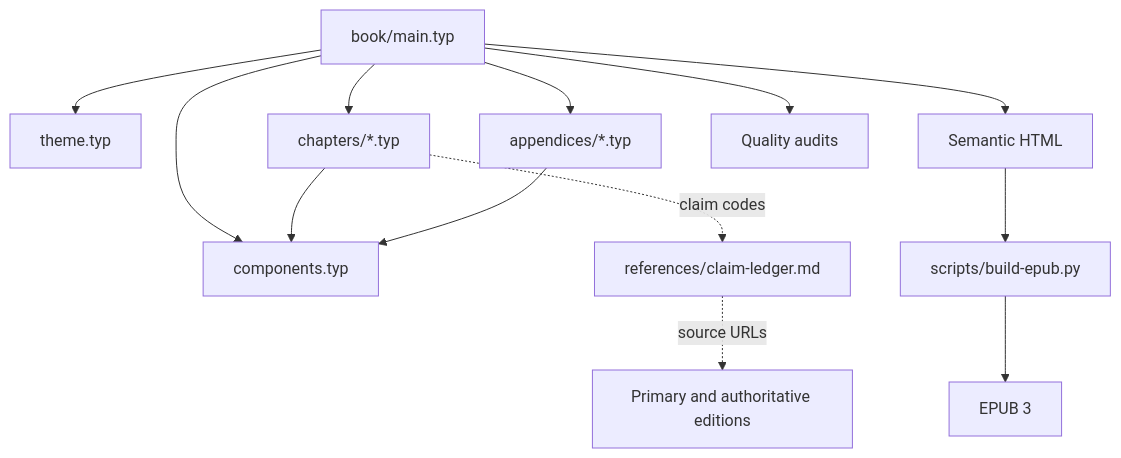
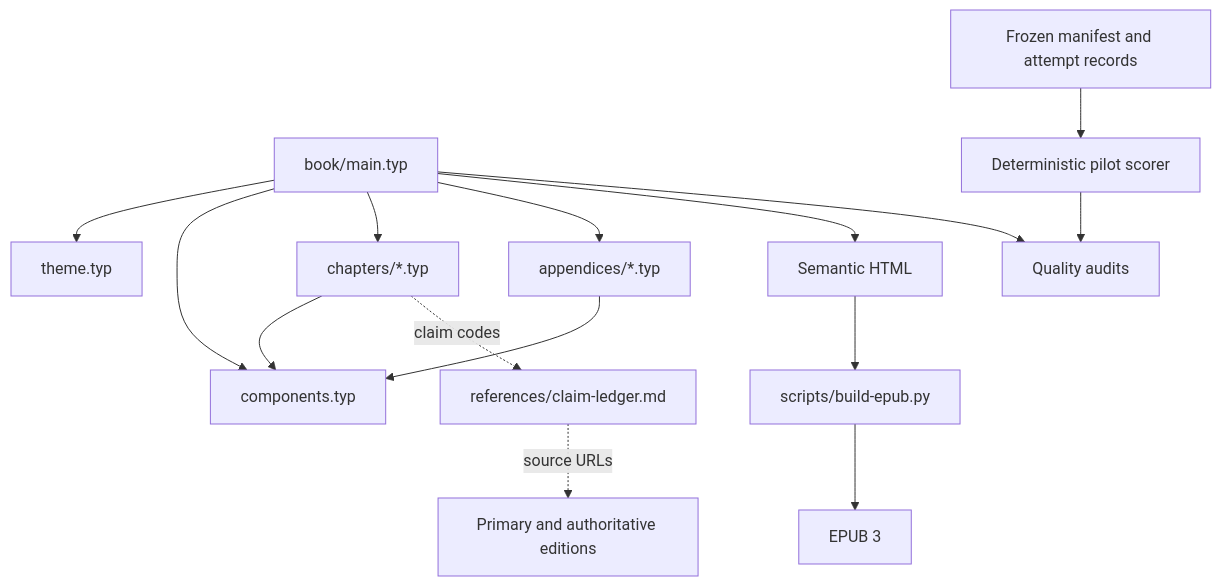
Before and after one commit to streamentry/streamentry: the second of 5 diagrams in AGENTS.md, drawn with Mermaid. The commit also changed other lines of this file and 45 other files, not shown here.

````diff
--- a/AGENTS.md
+++ b/AGENTS.md
@@ -61,15 +70,17 @@
 ```mermaid
 flowchart TB
   M["book/main.typ"] --> T["theme.typ"]
   M --> C["components.typ"]
   M --> H["chapters/*.typ"]
   M --> A["appendices/*.typ"]
   M --> E["Semantic HTML"]
   E --> P["scripts/build-epub.py"]
   P --> U["EPUB 3"]
   M --> Q["Quality audits"]
+  N["Frozen manifest and attempt records"] --> G["Deterministic pilot scorer"]
+  G --> Q
   H --> C
   A --> C
   H -. "claim codes" .-> L["references/claim-ledger.md"]
   L -. "source URLs" .-> S["Primary and authoritative editions"]
 ```
````
